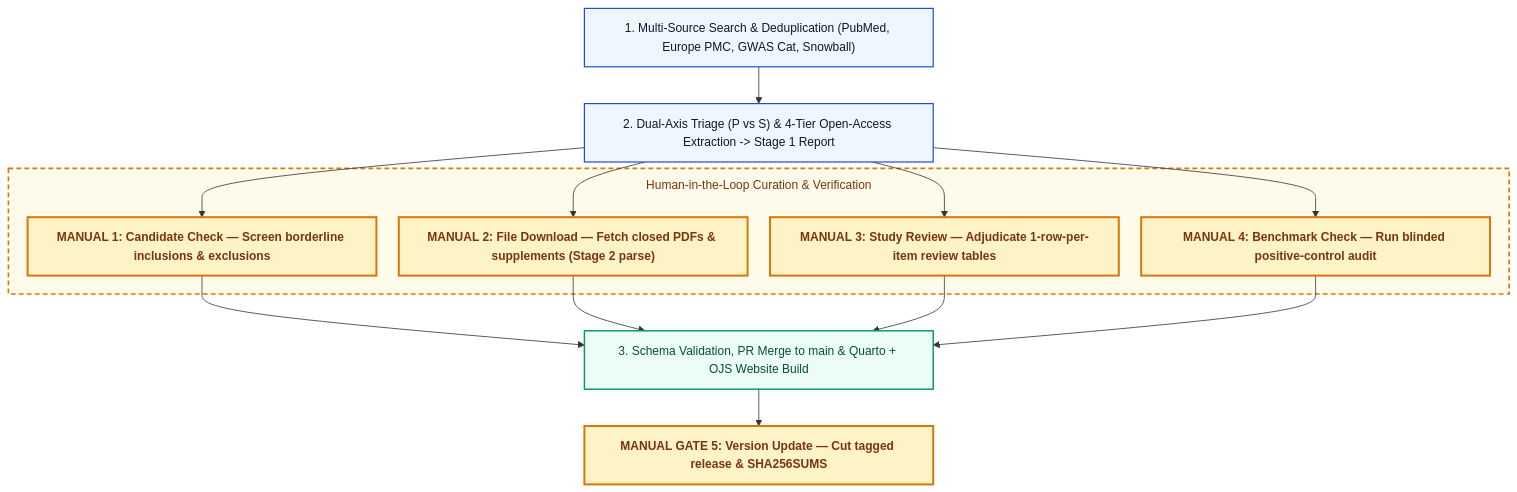
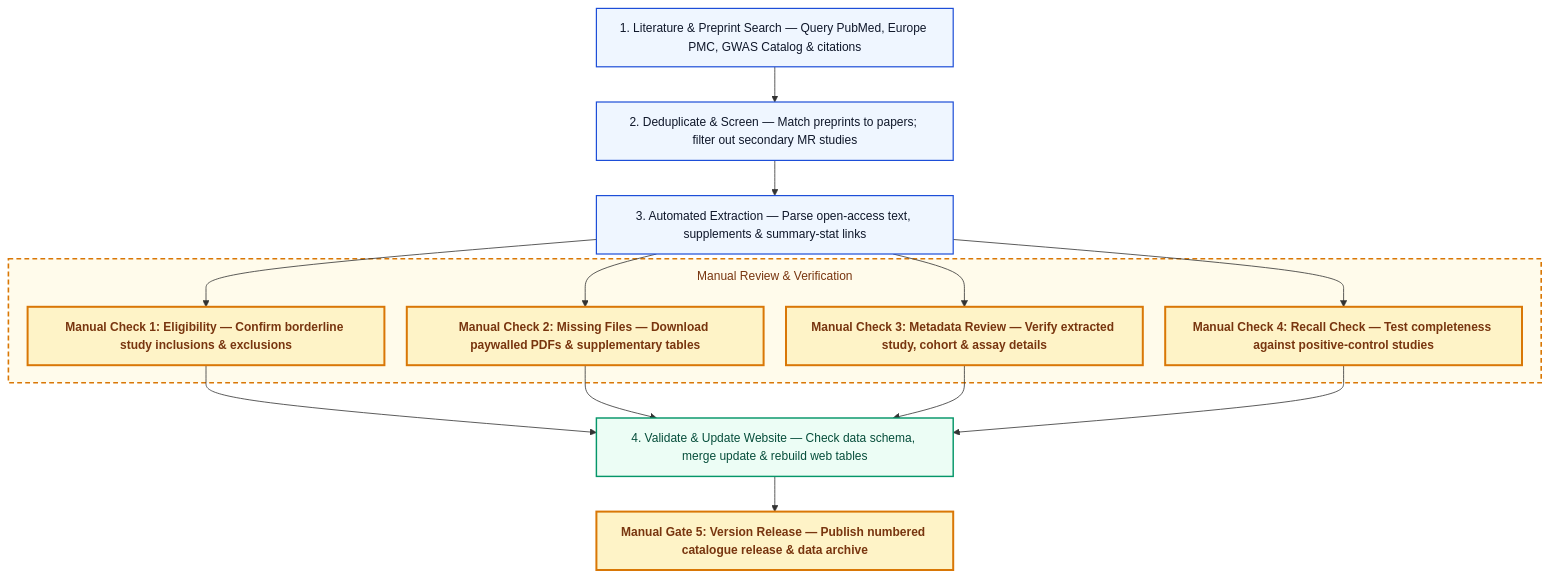
The diagram in README.md (mattlee821/proteomic-gwas-catalogue), drawn with Mermaid before and after one commit. The commit also changed other lines of this file and 1 other file, not shown here.

Commit message:
Rewrite pipeline flowchart labels in clear, jargon-free plain English

````diff
--- a/README.md
+++ b/README.md
@@ -22,26 +22,27 @@
 ```mermaid
-%%{init: {'themeVariables': {'fontSize': '15px'}, 'flowchart': {'wrappingWidth': 380, 'nodeSpacing': 28, 'rankSpacing': 46, 'subGraphTitleMargin': {'top': 10, 'bottom': 28}, 'padding': 14, 'curve': 'basis'}}}%%
+%%{init: {'themeVariables': {'fontSize': '15px'}, 'flowchart': {'wrappingWidth': 390, 'nodeSpacing': 28, 'rankSpacing': 44, 'subGraphTitleMargin': {'top': 10, 'bottom': 28}, 'padding': 14, 'curve': 'basis'}}}%%
 flowchart TD
-    S1["1. Multi-Source Search & Deduplication (PubMed, Europe PMC, GWAS Cat, Snowball)"]:::auto
-    S2["2. Dual-Axis Triage (P vs S) & 4-Tier Open-Access Extraction -> Stage 1 Report"]:::auto
+    S1["1. Literature & Preprint Search — Query PubMed, Europe PMC, GWAS Catalog & citations"]:::auto
+    S2["2. Deduplicate & Screen — Match preprints to papers; filter out secondary MR studies"]:::auto
+    S3["3. Automated Extraction — Parse open-access text, supplements & summary-stat links"]:::auto
 
-    subgraph MANUAL["Human-in-the-Loop Curation & Verification"]
-        M1["MANUAL 1: Candidate Check — Screen borderline inclusions & exclusions"]:::manual
-        M2["MANUAL 2: File Download — Fetch closed PDFs & supplements (Stage 2 parse)"]:::manual
-        M3["MANUAL 3: Study Review — Adjudicate 1-row-per-item review tables"]:::manual
-        M4["MANUAL 4: Benchmark Check — Run blinded positive-control audit"]:::manual
+    subgraph MANUAL["Manual Review & Verification"]
+        M1["Manual Check 1: Eligibility — Confirm borderline study inclusions & exclusions"]:::manual
+        M2["Manual Check 2: Missing Files — Download paywalled PDFs & supplementary tables"]:::manual
+        M3["Manual Check 3: Metadata Review — Verify extracted study, cohort & assay details"]:::manual
+        M4["Manual Check 4: Recall Check — Test completeness against positive-control studies"]:::manual
     end
 
-    S3["3. Schema Validation, PR Merge to main & Quarto + OJS Website Build"]:::store
-    M5["MANUAL GATE 5: Version Update — Cut tagged release & SHA256SUMS"]:::manual
+    S4["4. Validate & Update Website — Check data schema, merge update & rebuild web tables"]:::store
+    M5["Manual Gate 5: Version Release — Publish numbered catalogue release & data archive"]:::manual
 
-    S1 --> S2
-    S2 --> M1 & M2 & M3 & M4
-    M1 & M2 & M3 & M4 --> S3
-    S3 --> M5
+    S1 --> S2 --> S3
+    S3 --> M1 & M2 & M3 & M4
+    M1 & M2 & M3 & M4 --> S4
+    S4 --> M5
 
     classDef auto fill:#eff6ff,stroke:#1d4ed8,stroke-width:1.5px,color:#0f172a
     classDef manual fill:#fef3c7,stroke:#d97706,stroke-width:2.5px,color:#78350f,font-weight:bold
     classDef store fill:#ecfdf5,stroke:#059669,stroke-width:1.8px,color:#064e3b
     style MANUAL fill:#fffbeb,stroke:#d97706,stroke-width:2px,stroke-dasharray: 6 4,color:#78350f
 ```
````
